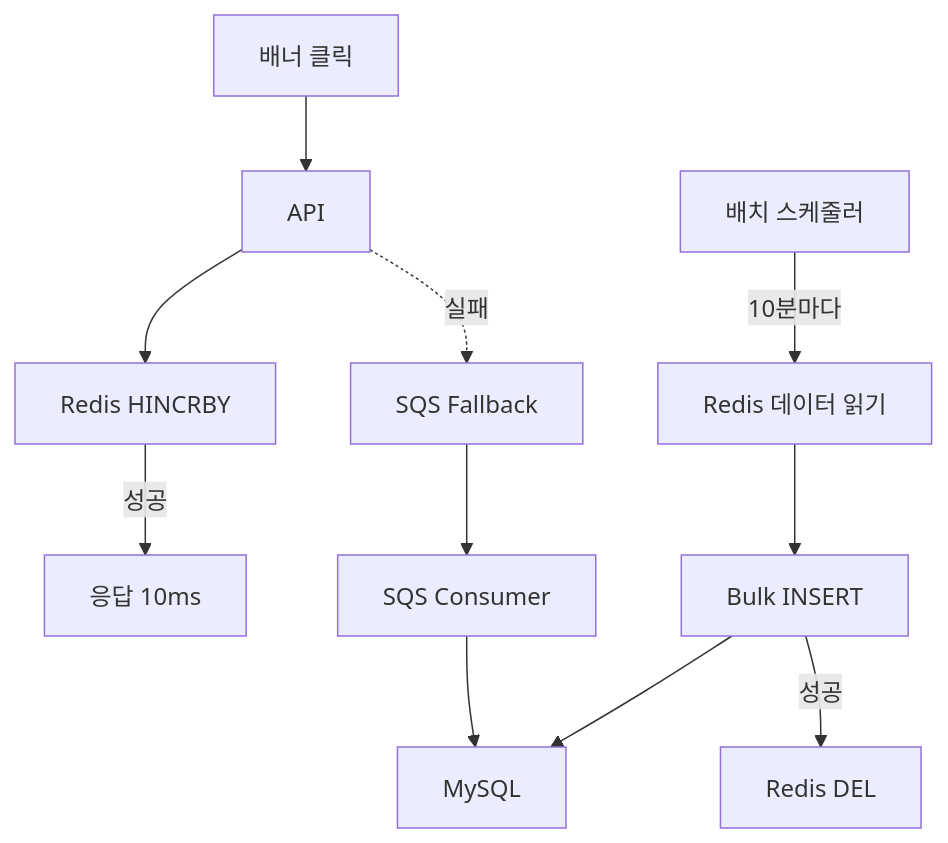
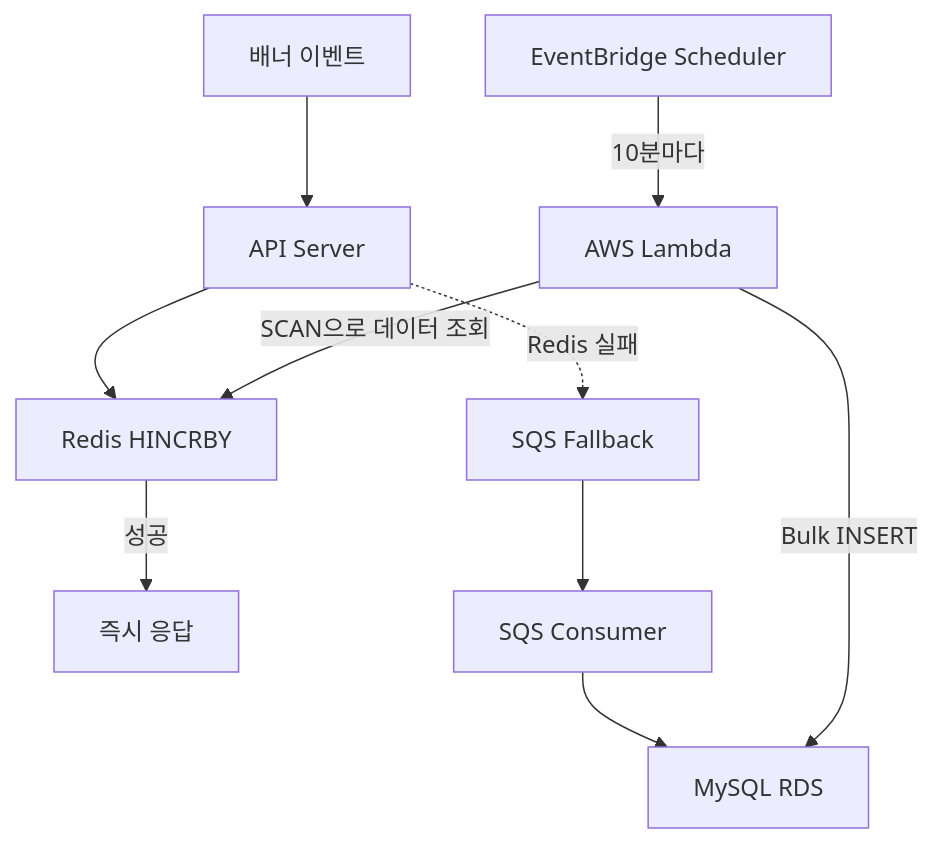
One commit to banggeunho/banggeunho changed the diagram in portfolio/projects/redis-writeback-optimization/index.md. Above: the diagram before and after it, drawn with Mermaid. The commit also changed other lines of this file, not shown here.

Commit message:
Docs: redis 최적화 프로젝트 내용 수정

````diff
--- a/portfolio/projects/redis-writeback-optimization/index.md
+++ b/portfolio/projects/redis-writeback-optimization/index.md
@@ -143,15 +125,14 @@
 ```mermaid
 graph TB
-    A[배너 클릭] --> B[API]
+    A[배너 이벤트] --> B[API Server]
     B --> C[Redis HINCRBY]
-    C -->|성공| D[응답 10ms]
+    C -->|성공| D[즉시 응답]
 
-    B -.실패.-> E[SQS Fallback]
+    B -.Redis 실패.-> E[SQS Fallback]
     E --> F[SQS Consumer]
-    F --> G[MySQL]
+    F --> G[MySQL RDS]
 
-    H[배치 스케줄러] -->|10분마다| I[Redis 데이터 읽기]
-    I --> J[Bulk INSERT]
-    J --> G
-    J -->|성공| K[Redis DEL]
+    H[EventBridge Scheduler] -->|10분마다| I[AWS Lambda]
+    I -->|SCAN으로 데이터 조회| C
+    I -->|Bulk INSERT| G
 ```
````
